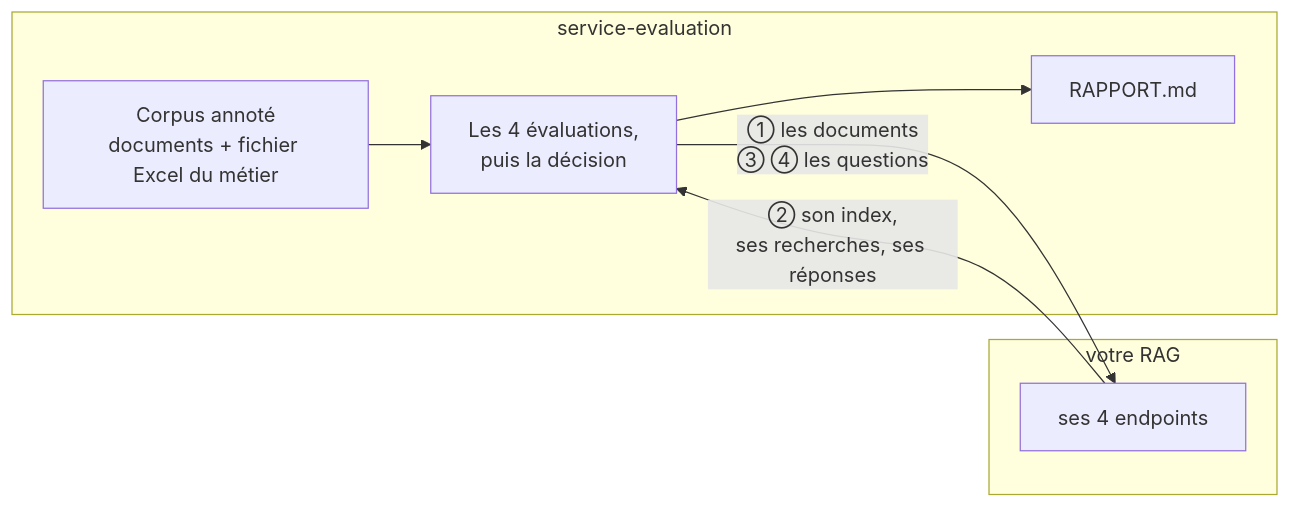
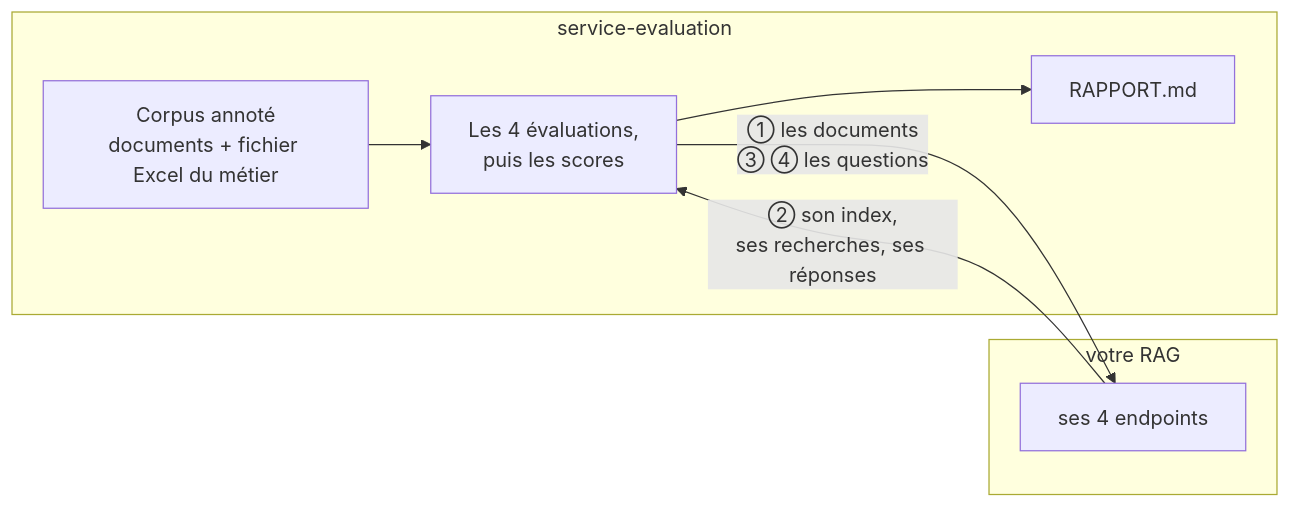
Before and after one commit to floSa/RAG-Evaluation: the diagram in README.md, drawn with Mermaid. The commit also changed other lines of this file, not shown here.

Commit message:
README : le service donne les scores, le métier décide ; étapes 0 à 4

````diff
--- a/README.md
+++ b/README.md
@@ -72,11 +71,11 @@
 ```mermaid
 flowchart LR
     subgraph E["service-evaluation"]
-        C["Corpus annoté<br/>documents + fichier Excel du métier"] --> K["Les 4 évaluations,<br/>puis la décision"] --> D["RAPPORT.md"]
+        C["Corpus annoté<br/>documents + fichier Excel du métier"] --> K["Les 4 évaluations,<br/>puis les scores"] --> D["RAPPORT.md"]
     end
     subgraph R["votre RAG"]
         P["ses 4 endpoints"]
     end
     K -- "① les documents<br/>③ ④ les questions" --> P
     P -- "② son index,<br/>ses recherches, ses réponses" --> K
 ```
````
